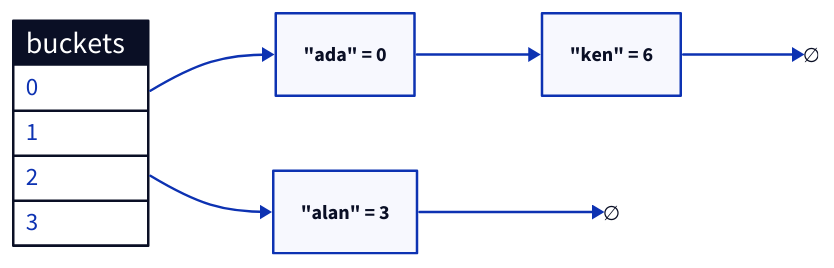
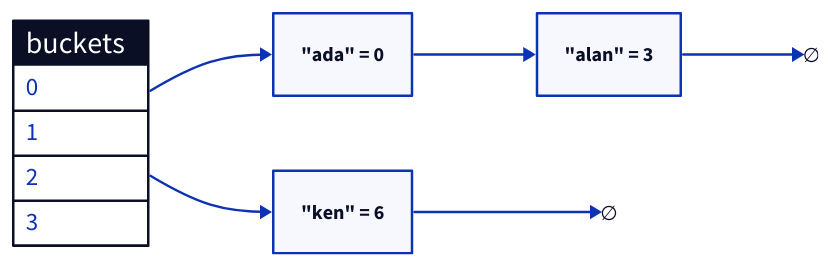
One commit to michael-duren/rubber-duck changed the first of 4 diagrams in courses/build-a-hashmap-c.md. Above: the diagram before and after it, drawn with D2. The commit also changed other lines of this file and 11 other files, not shown here.

````diff
--- a/courses/build-a-hashmap-c.md
+++ b/courses/build-a-hashmap-c.md
@@ -233,17 +235,17 @@
 ```d2
 direction: right
 buckets: buckets {
   shape: sql_table
   "0"
   "1"
   "2"
   "3"
 }
 n1: "\"ada\" = 0"
+n3: "\"alan\" = 3"
 n2: "\"ken\" = 6"
-n3: "\"alan\" = 3"
-buckets."1" -> n1 -> n2 -> x1
-buckets."3" -> n3 -> x2
+buckets."3" -> n1 -> n3 -> x1
+buckets."1" -> n2 -> x2
 x1: "∅" { shape: text }
 x2: "∅" { shape: text }
 ```
````
